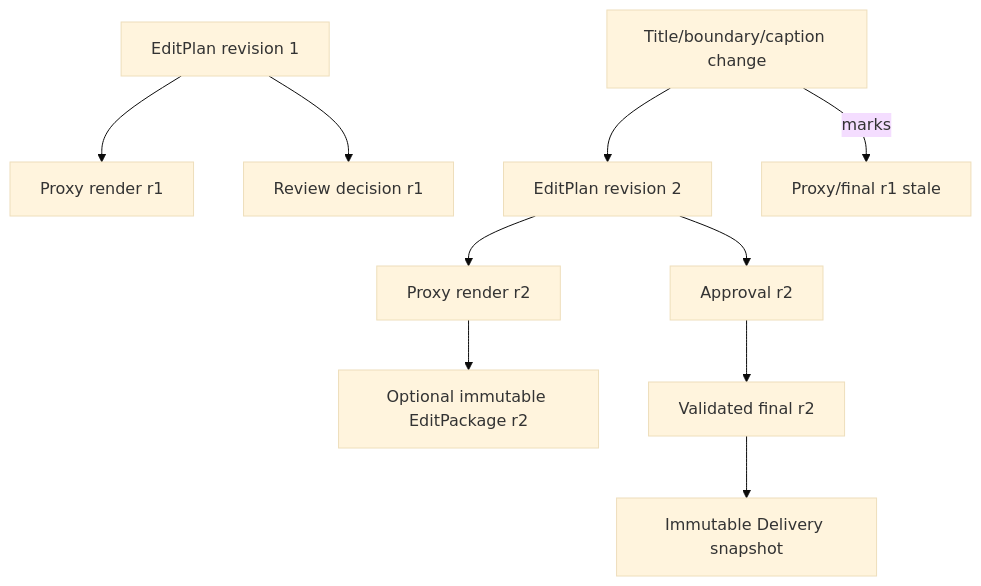
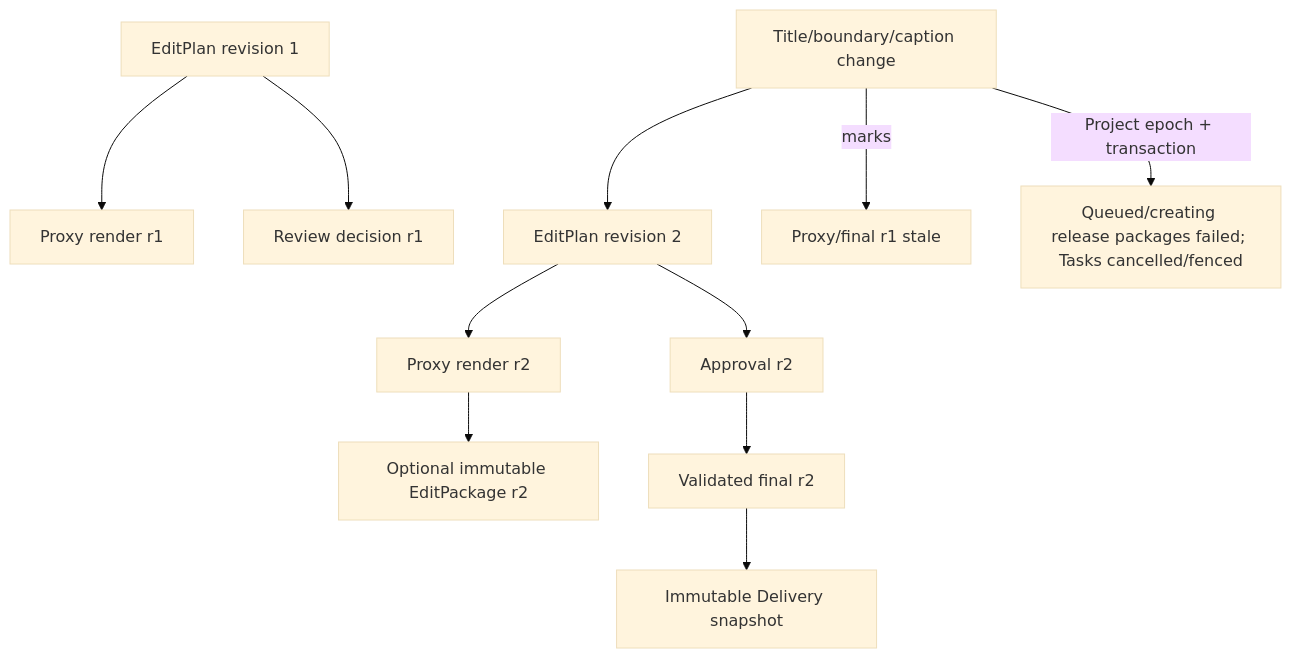
Diagram 11 of 11 in docs/architecture.md (junhuaus/autoclip), drawn with Mermaid (base theme) before and after one commit. The commit also changed other lines of this file and 49 other files, not shown here.

Commit message:
feat: add release planning and platform packages

````diff
--- a/docs/architecture.md
+++ b/docs/architecture.md
@@ -192,12 +217,13 @@
 ```mermaid
 flowchart TD
   R1[EditPlan revision 1] --> P1[Proxy render r1]
   R1 --> A1[Review decision r1]
   CHANGE[Title/boundary/caption change] --> R2[EditPlan revision 2]
   CHANGE -->|marks| P1S[Proxy/final r1 stale]
+  CHANGE -->|Project epoch + transaction| RP[Queued/creating release packages failed; Tasks cancelled/fenced]
   R2 --> P2[Proxy render r2]
   P2 --> E2[Optional immutable EditPackage r2]
   R2 --> A2[Approval r2]
   A2 --> F2[Validated final r2]
   F2 --> D[Immutable Delivery snapshot]
 ```
````
